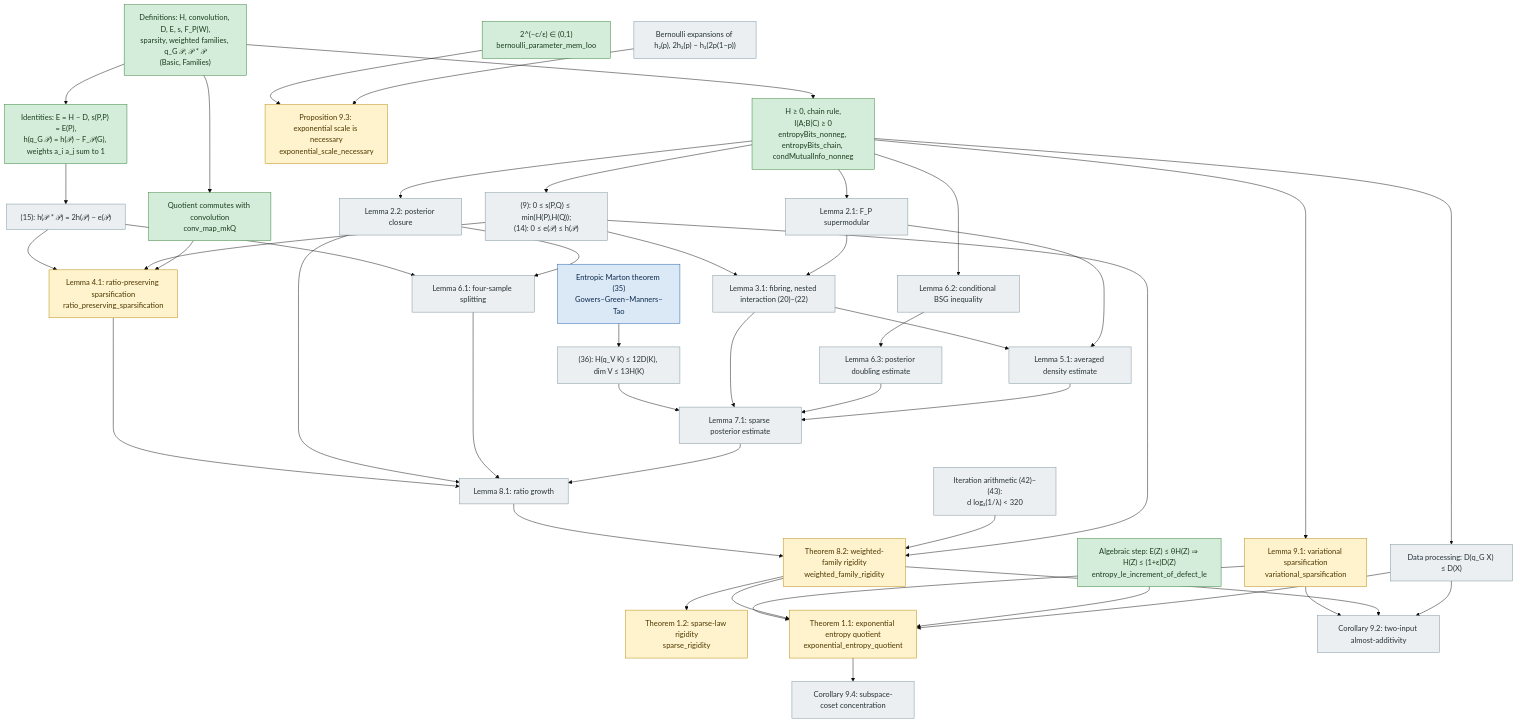
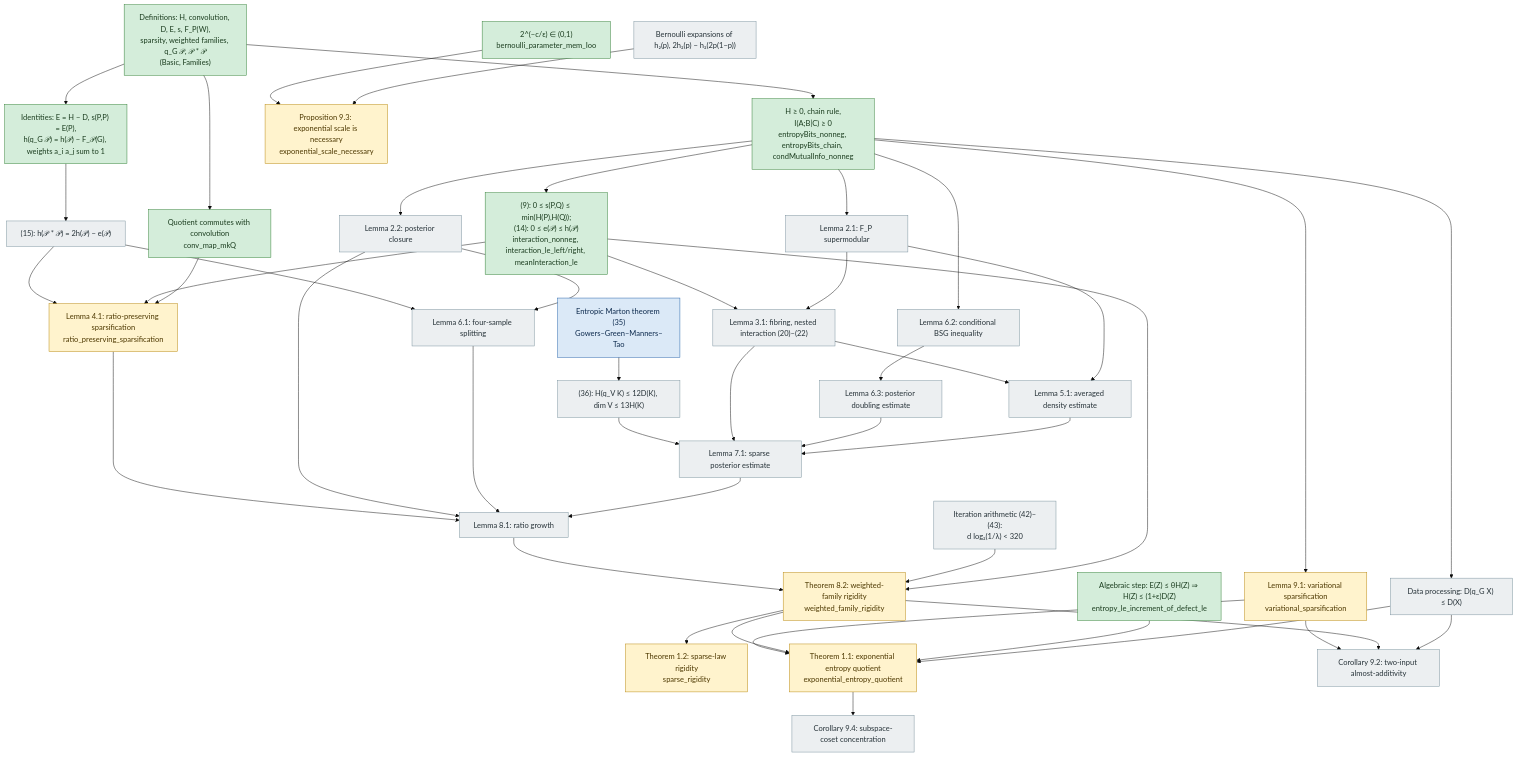
The diagram in docs/DEPENDENCIES.md (JosiahPark/entropy-quotients-lean), drawn with Mermaid (base theme) before and after one commit.

Commit message:
docs: mark (9) and (14) proved in DEPENDENCIES (B3, CI green at ef95c01)

```diff
--- a/docs/DEPENDENCIES.md
+++ b/docs/DEPENDENCIES.md
@@ -26,7 +26,7 @@
 
   %% Entropy toolkit (Section 2)
   NN["H ≥ 0, chain rule,<br/>I(A;B|C) ≥ 0<br/>entropyBits_nonneg, entropyBits_chain, condMutualInfo_nonneg"]:::proved
-  E9["(9): 0 ≤ s(P,Q) ≤ min(H(P),H(Q));<br/>(14): 0 ≤ e(𝒫) ≤ h(𝒫)"]:::missing
+  E9["(9): 0 ≤ s(P,Q) ≤ min(H(P),H(Q));<br/>(14): 0 ≤ e(𝒫) ≤ h(𝒫)<br/>interaction_nonneg, interaction_le_left/right, meanInteraction_le"]:::proved
   DP["Data processing: D(q_G X) ≤ D(X)"]:::missing
   E15["(15): h(𝒫 * 𝒫) = 2h(𝒫) − e(𝒫)"]:::missing
   QC["Quotient commutes with convolution<br/>conv_map_mkQ"]:::proved
```
